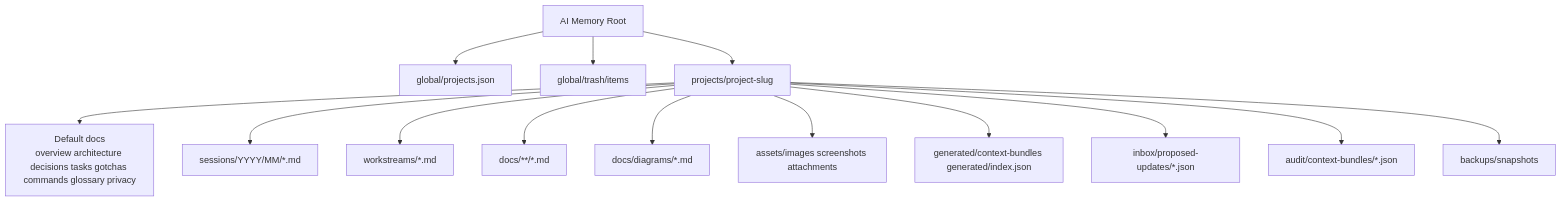
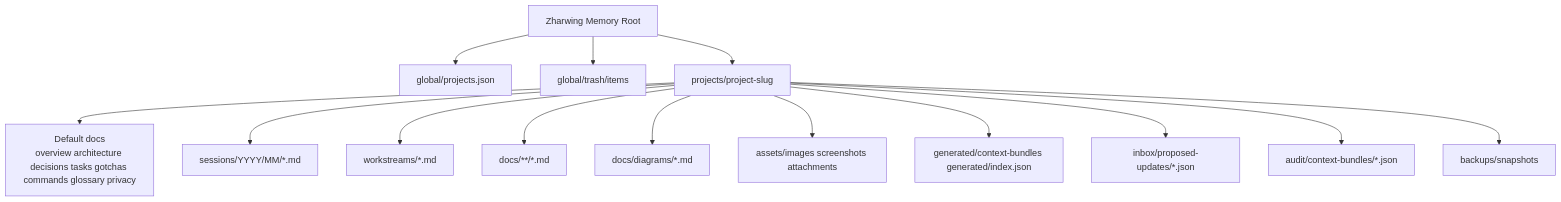
One commit to zharwing/memory changed diagram 16 of 21 in docs/DIAGRAMS.md. Above: the diagram before and after it, drawn with Mermaid. The commit also changed other lines of this file and 112 other files, not shown here.

First line of the commit message:
feat!: rename to Zharwing Memory - @aimem/* becomes @zharwing/memory-*

````diff
--- a/docs/DIAGRAMS.md
+++ b/docs/DIAGRAMS.md
@@ -567,31 +567,31 @@
 ```mermaid
 flowchart TB
-  Root["AI Memory Root"]
+  Root["Zharwing Memory Root"]
   Global["global/projects.json"]
   Trash["global/trash/items"]
   Project["projects/project-slug"]
   Defaults["Default docs\noverview architecture decisions tasks gotchas commands glossary privacy"]
   Sessions["sessions/YYYY/MM/*.md"]
   Workstreams["workstreams/*.md"]
   Docs["docs/**/*.md"]
   Diagrams["docs/diagrams/*.md"]
   Assets["assets/images screenshots attachments"]
   Generated["generated/context-bundles generated/index.json"]
   Inbox["inbox/proposed-updates/*.json"]
   Audit["audit/context-bundles/*.json"]
   Backups["backups/snapshots"]
 
   Root --> Global
   Root --> Trash
   Root --> Project
   Project --> Defaults
   Project --> Sessions
   Project --> Workstreams
   Project --> Docs
   Project --> Diagrams
   Project --> Assets
   Project --> Generated
   Project --> Inbox
   Project --> Audit
   Project --> Backups
 ```
````
